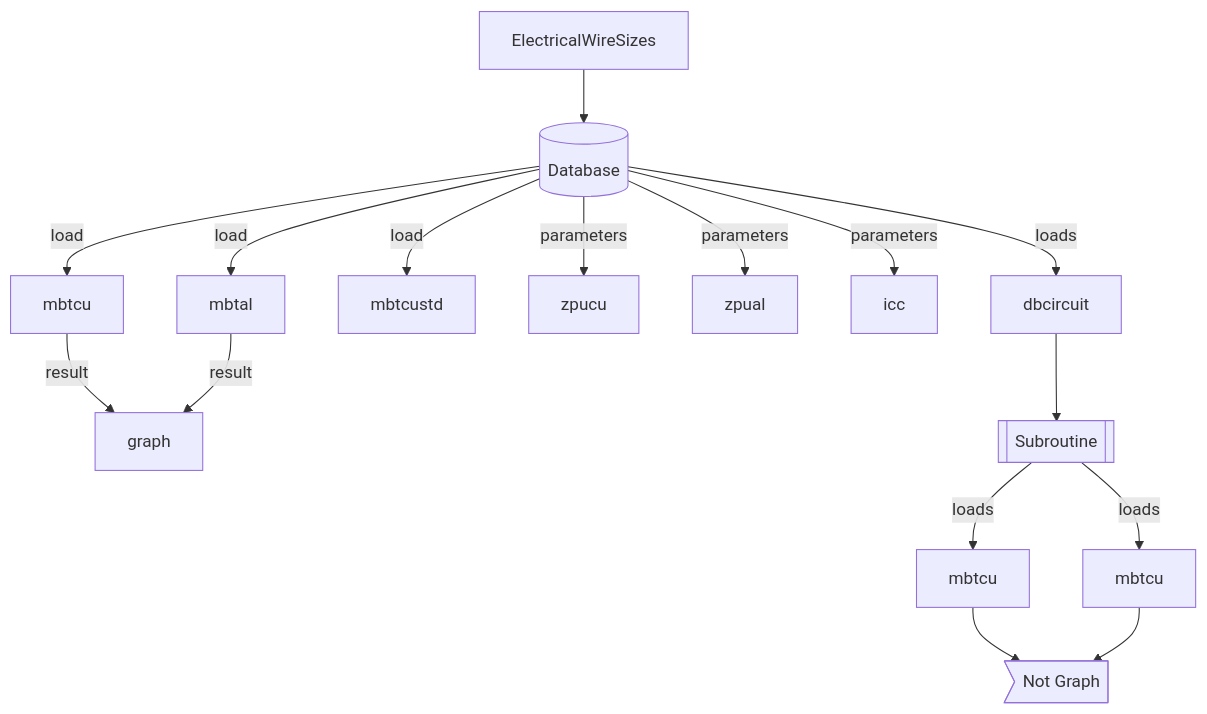
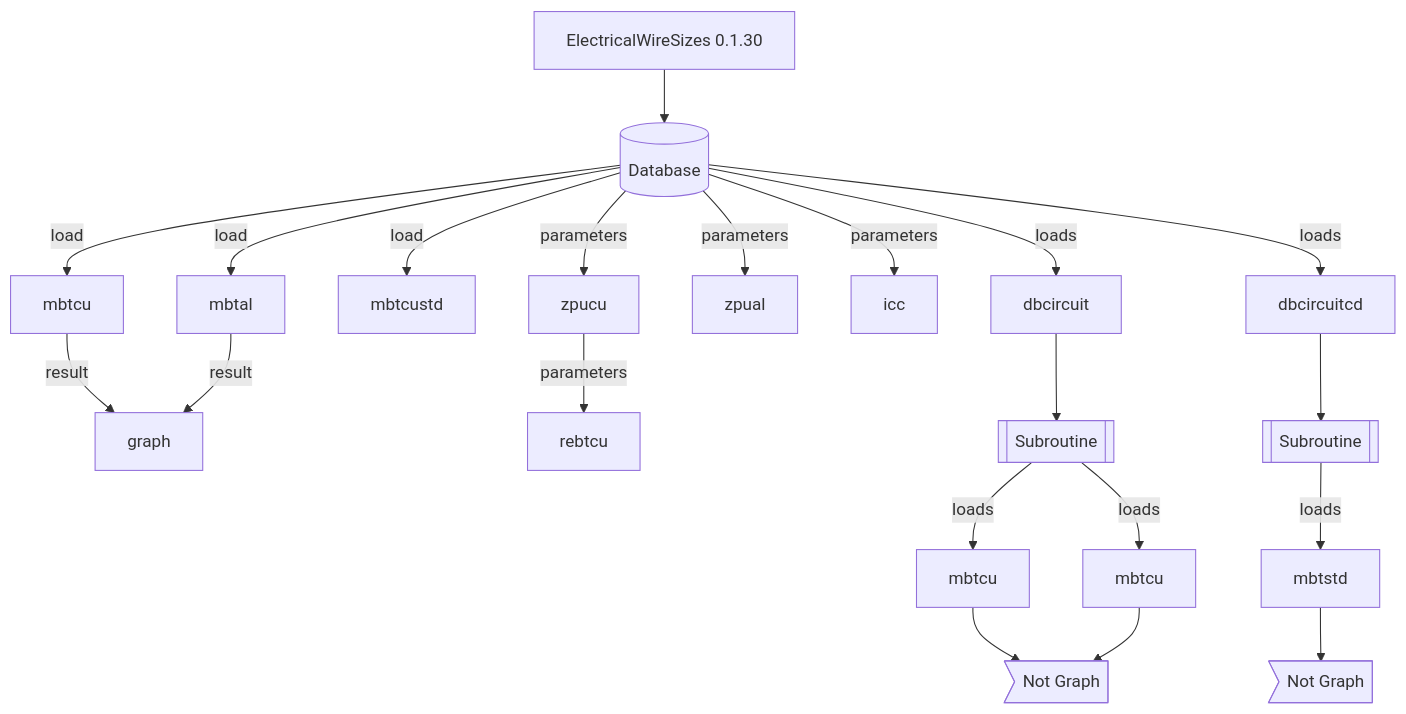
One commit to jacometoss/PyEWS changed the diagram in README.md. Above: the diagram before and after it, drawn with Mermaid. The commit also changed other lines of this file, not shown here.

````diff
--- a/README.md
+++ b/README.md
@@ -162,17 +177,17 @@
 ```mermaid
-
 graph TD
 
-B[ElectricalWireSizes]-->db[(Database)]
+B[ElectricalWireSizes 0.1.30]-->db[(Database)]
 	db -->|load| A[mbtcu]-->|result| I[graph]
     db -->|load| C[mbtal]-->|result| I[graph]	
     db -->|load| D[mbtcustd]
     db -->|parameters| E[zpucu]
     db -->|parameters| F[zpual]
     db -->|parameters| J[icc]
+    E -->|parameters| rd[rebtcu]
     db -->|loads| G[dbcircuit] --> H[[Subroutine]]
     H -->|loads| k[mbtcu]--> id1>Not Graph]
     H -->|loads| l[mbtcu]--> id1>Not Graph]
-    
-
+    db -->|loads| M[dbcircuitcd] --> N[[Subroutine]]
+    N -->|loads| O[mbtstd]--> id2>Not Graph]   
 ```
````
